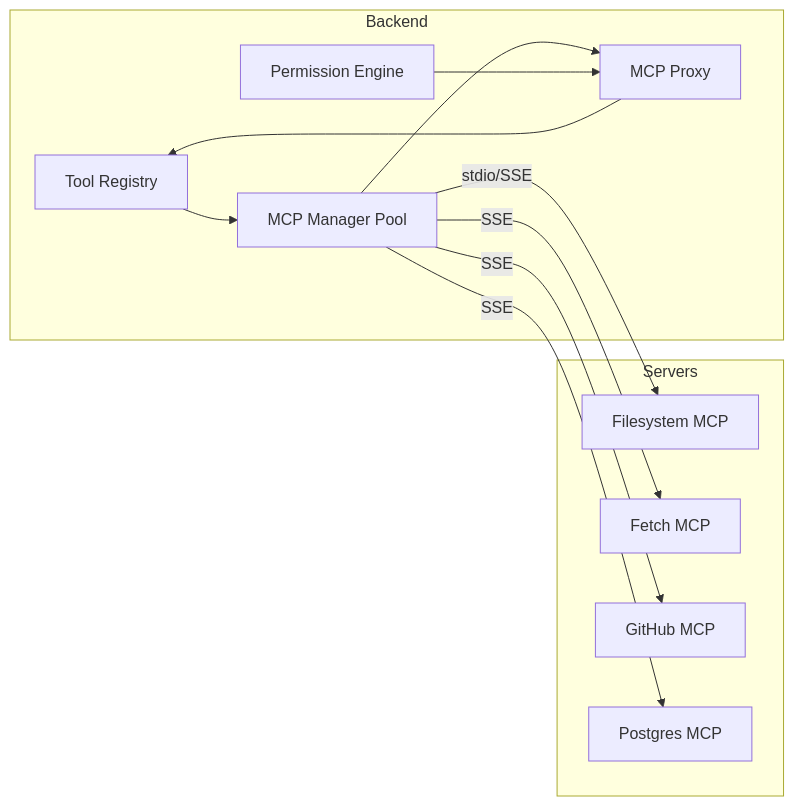
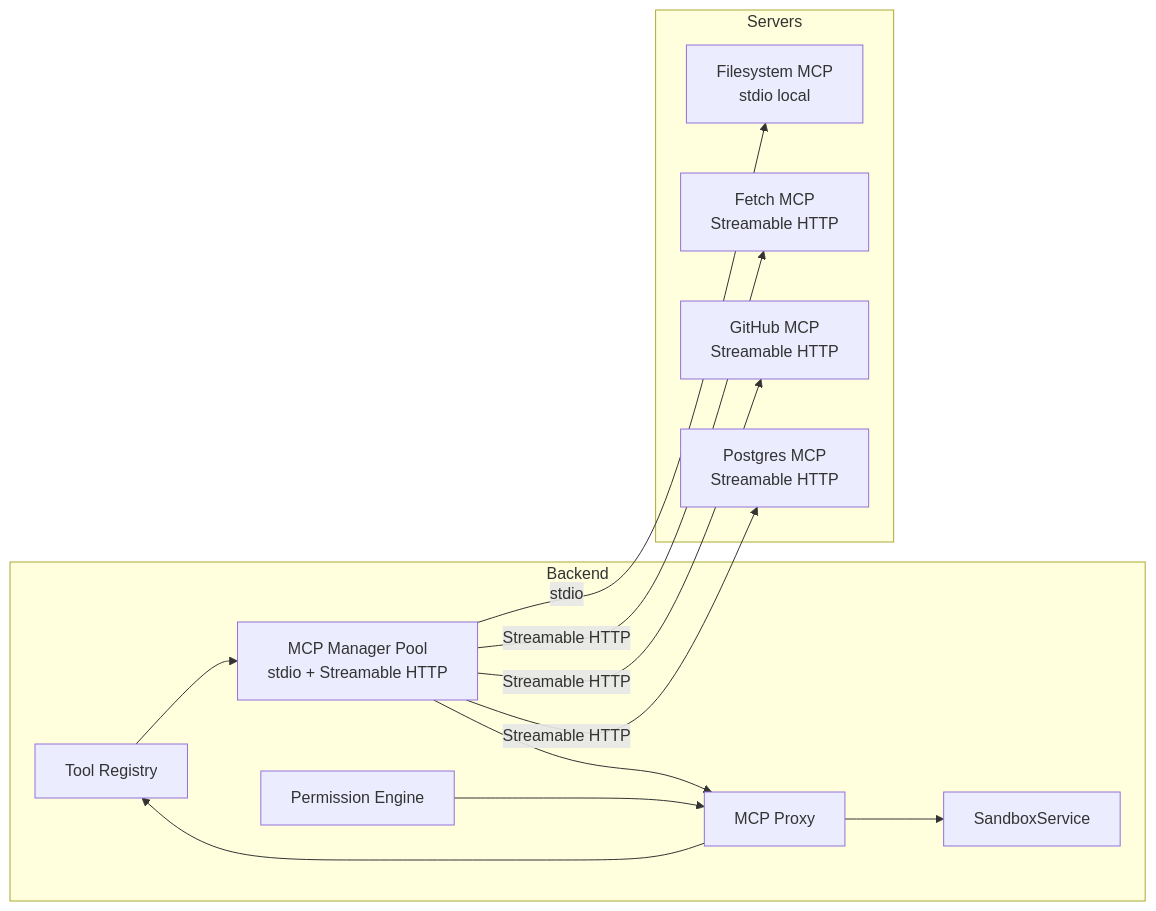
One commit to revzzricky-arch/nexus-os changed diagram 12 of 17 in docs/architecture.md. Above: the diagram before and after it, drawn with Mermaid. The commit also changed other lines of this file and 12 other files, not shown here.

````diff
--- a/docs/architecture.md
+++ b/docs/architecture.md
@@ -2371,23 +2434,25 @@
 ```mermaid
 graph LR
     subgraph Backend
         Registry[Tool Registry]
         Perm[Permission Engine]
-        MCPMgr[MCP Manager Pool]
+        MCPMgr[MCP Manager Pool<br/>stdio + Streamable HTTP]
         Proxy[MCP Proxy]
+        Sandbox[SandboxService]
     end
     subgraph Servers
-        FS[Filesystem MCP]
-        Fetch[Fetch MCP]
-        GitHub[GitHub MCP]
-        PGmcp[Postgres MCP]
+        FS[Filesystem MCP<br/>stdio local]
+        Fetch[Fetch MCP<br/>Streamable HTTP]
+        GitHub[GitHub MCP<br/>Streamable HTTP]
+        PGmcp[Postgres MCP<br/>Streamable HTTP]
     end
     Registry --> MCPMgr
-    MCPMgr -- stdio/SSE --> FS
-    MCPMgr -- SSE --> Fetch
-    MCPMgr -- SSE --> GitHub
-    MCPMgr -- SSE --> PGmcp
+    MCPMgr -- stdio --> FS
+    MCPMgr -- Streamable HTTP --> Fetch
+    MCPMgr -- Streamable HTTP --> GitHub
+    MCPMgr -- Streamable HTTP --> PGmcp
     MCPMgr --> Proxy
     Proxy --> Registry
     Perm --> Proxy
+    Proxy --> Sandbox
 ```
````
